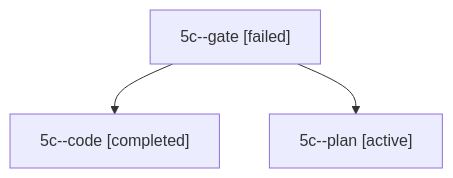
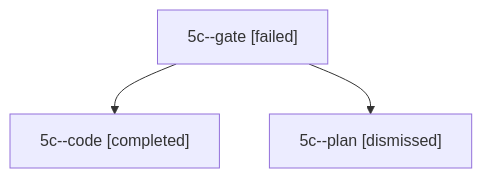
Before and after one commit to bobs-org/bob-cli--agents: the diagram in sessions/bbugyi200.apollo.5c.md, drawn with Mermaid. The commit also changed other lines of this file and 20 other files, not shown here.

````diff
--- a/sessions/bbugyi200.apollo.5c.md
+++ b/sessions/bbugyi200.apollo.5c.md
@@ -9,8 +9,8 @@
 ```mermaid
 flowchart TD
   n0["5c--gate [failed]"]
   n1["5c--code [completed]"]
   n0 --> n1
-  n2["5c--plan [active]"]
+  n2["5c--plan [dismissed]"]
   n0 --> n2
 ```
````
